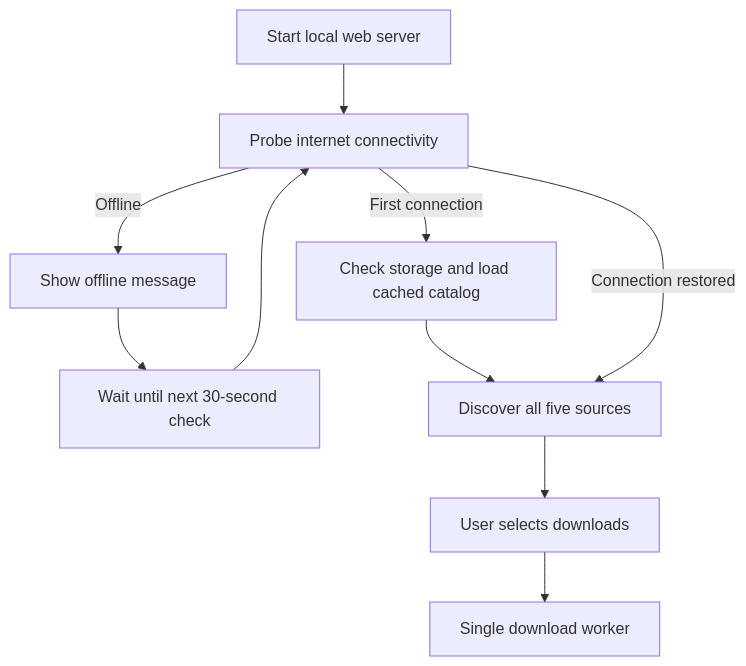
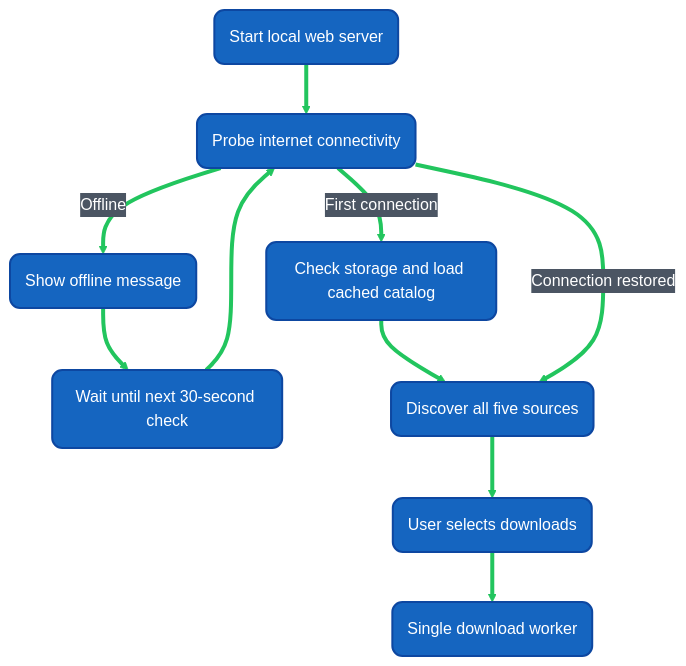
Before and after one commit to holly-the-dude/Library-Creator: the diagram in setup_library/files/containers/data_download/docs/DEVELOPMENT.md, drawn with Mermaid. The commit also changed 8 other files, not shown here.

````diff
--- a/setup_library/files/containers/data_download/docs/DEVELOPMENT.md
+++ b/setup_library/files/containers/data_download/docs/DEVELOPMENT.md
@@ -33,12 +33,16 @@
 ```mermaid
+%%{init: {"theme":"base","themeVariables":{"primaryColor":"#1565c0","primaryTextColor":"#ffffff","primaryBorderColor":"#0d47a1","secondaryColor":"#4b5563","secondaryTextColor":"#ffffff","tertiaryColor":"#4b5563","tertiaryTextColor":"#ffffff","textColor":"#ffffff","lineColor":"#22c55e","defaultLinkColor":"#22c55e","clusterBkg":"#4b5563","clusterBorder":"#9ca3af","titleColor":"#ffffff","edgeLabelBackground":"#4b5563","noteBkgColor":"#4b5563","noteTextColor":"#ffffff"}}}%%
 flowchart TD
-    Start[Start local web server] --> Check[Probe internet connectivity]
-    Check -->|Offline| Offline[Show offline message]
-    Offline --> Wait[Wait until next 30-second check]
+    Start(Start local web server) --> Check(Probe internet connectivity)
+    Check -->|Offline| Offline(Show offline message)
+    Offline --> Wait(Wait until next 30-second check)
     Wait --> Check
-    Check -->|First connection| Init[Check storage and load cached catalog]
-    Init --> Scan[Discover all five sources]
+    Check -->|First connection| Init(Check storage and load cached catalog)
+    Init --> Scan(Discover all five sources)
     Check -->|Connection restored| Scan
-    Scan --> Ready[User selects downloads]
-    Ready --> Queue[Single download worker]
+    Scan --> Ready(User selects downloads)
+    Ready --> Queue(Single download worker)
+
+    classDef default fill:#1565c0,stroke:#0d47a1,color:#ffffff,stroke-width:2px,rx:10,ry:10;
+    linkStyle default stroke:#22c55e,stroke-width:4px,color:#ffffff
 ```
````
